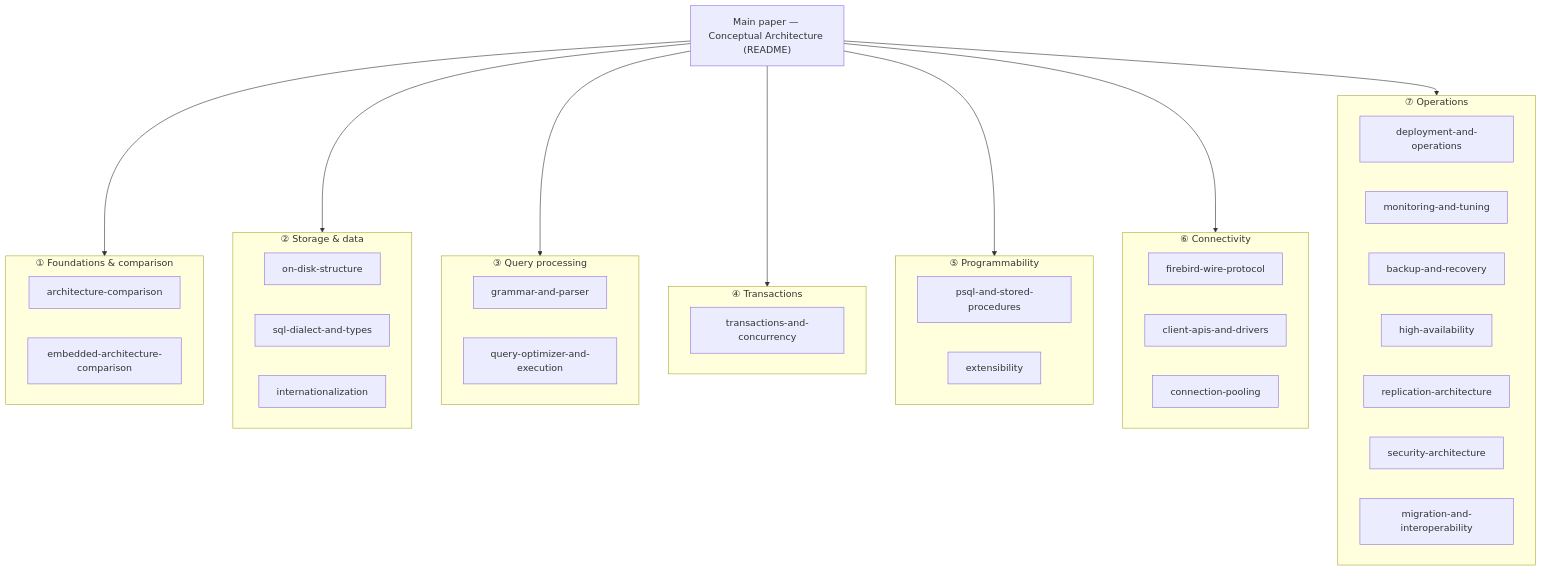
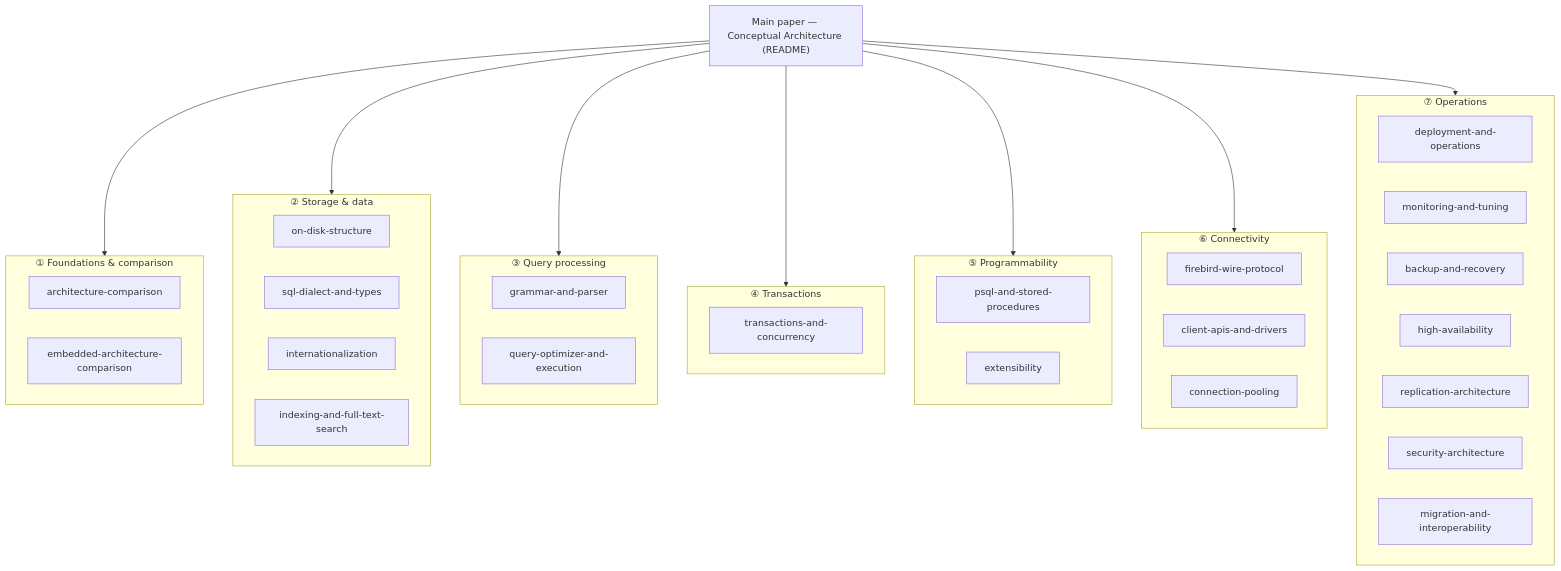
The diagram in READING-GUIDE.md (mariuz/conceptual-architecture-for-firebird-paper), drawn with Mermaid before and after one commit. The commit also changed other lines of this file and 2 other files, not shown here.

First line of the commit message:
Add indexing and full-text search document

````diff
--- a/READING-GUIDE.md
+++ b/READING-GUIDE.md
@@ -9,41 +9,42 @@
 ```mermaid
 flowchart TB
     PAPER["Main paper — Conceptual Architecture (README)"]
 
     PAPER --> T1 & T2 & T3 & T4 & T5 & T6 & T7
 
     subgraph T1["① Foundations & comparison"]
         A1["architecture-comparison"]
         A2["embedded-architecture-comparison"]
     end
     subgraph T2["② Storage & data"]
         B1["on-disk-structure"]
         B2["sql-dialect-and-types"]
         B3["internationalization"]
+        B4["indexing-and-full-text-search"]
     end
     subgraph T3["③ Query processing"]
         C1["grammar-and-parser"]
         C2["query-optimizer-and-execution"]
     end
     subgraph T4["④ Transactions"]
         D1["transactions-and-concurrency"]
     end
     subgraph T5["⑤ Programmability"]
         E1["psql-and-stored-procedures"]
         E2["extensibility"]
     end
     subgraph T6["⑥ Connectivity"]
         F1["firebird-wire-protocol"]
         F2["client-apis-and-drivers"]
         F3["connection-pooling"]
     end
     subgraph T7["⑦ Operations"]
         G1["deployment-and-operations"]
         G2["monitoring-and-tuning"]
         G3["backup-and-recovery"]
         G4["high-availability"]
         G5["replication-architecture"]
         G6["security-architecture"]
         G7["migration-and-interoperability"]
     end
 ```
````
